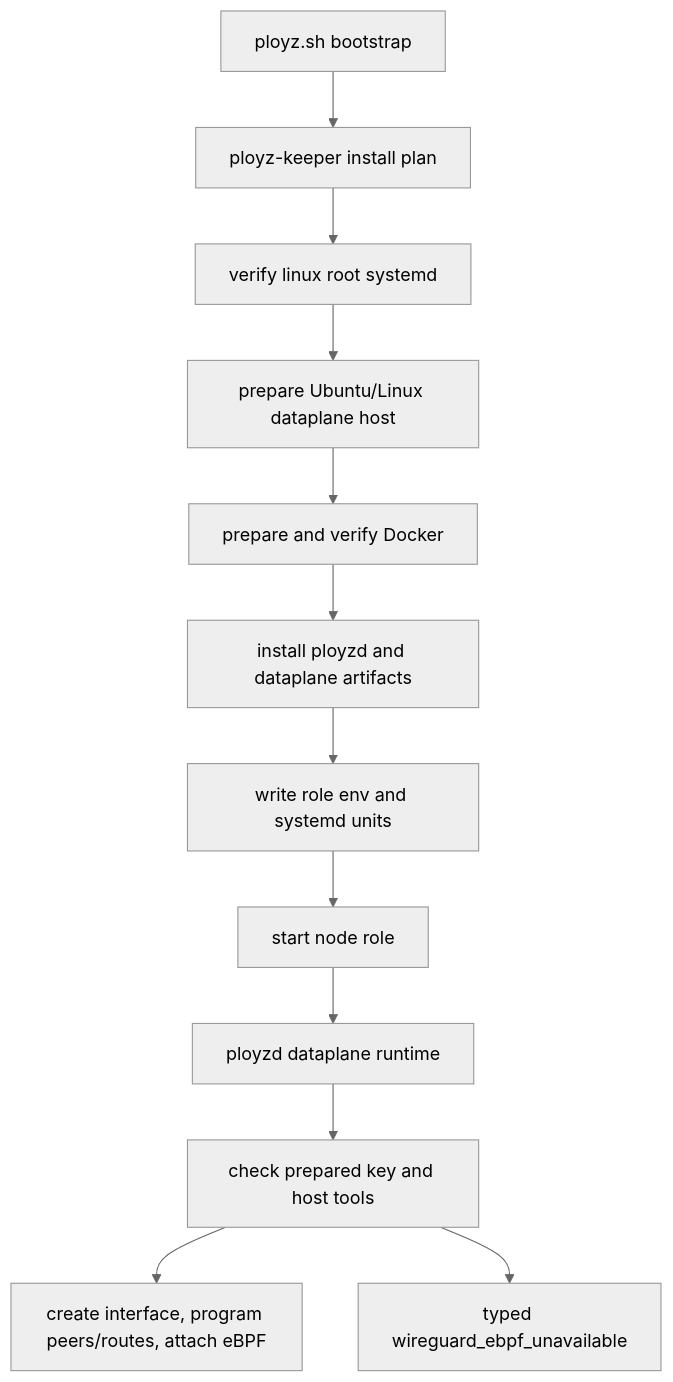
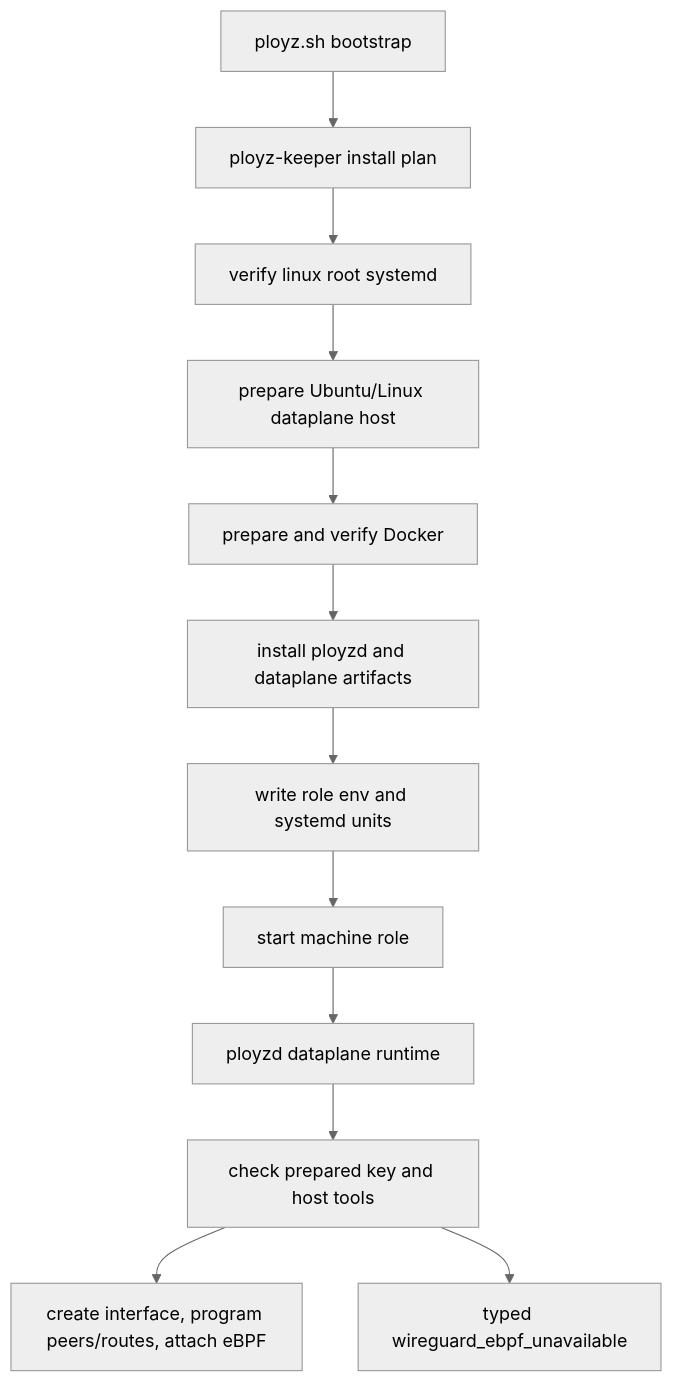
Before and after one commit to getployz/ployz: the diagram in docs/plans/2026-06-22-001-refactor-dataplane-host-prep-plan.md, drawn with Mermaid (neutral theme). The commit also changed other lines of this file and 201 other files, not shown here.

````diff
--- a/docs/plans/2026-06-22-001-refactor-dataplane-host-prep-plan.md
+++ b/docs/plans/2026-06-22-001-refactor-dataplane-host-prep-plan.md
@@ -75,15 +75,15 @@
 ```mermaid
 flowchart TB
   Script[ployz.sh bootstrap] --> Keeper[ployz-keeper install plan]
   Keeper --> Verify[verify linux root systemd]
   Verify --> HostPrep[prepare Ubuntu/Linux dataplane host]
   HostPrep --> Docker[prepare and verify Docker]
   Docker --> Artifacts[install ployzd and dataplane artifacts]
   Artifacts --> Units[write role env and systemd units]
-  Units --> Node[start node role]
+  Units --> Machine[start machine role]
 
-  Node --> Runtime[ployzd dataplane runtime]
+  Machine --> Runtime[ployzd dataplane runtime]
   Runtime --> Check[check prepared key and host tools]
   Check --> Project[create interface, program peers/routes, attach eBPF]
   Check --> Fail[typed wireguard_ebpf_unavailable]
 ```
````
